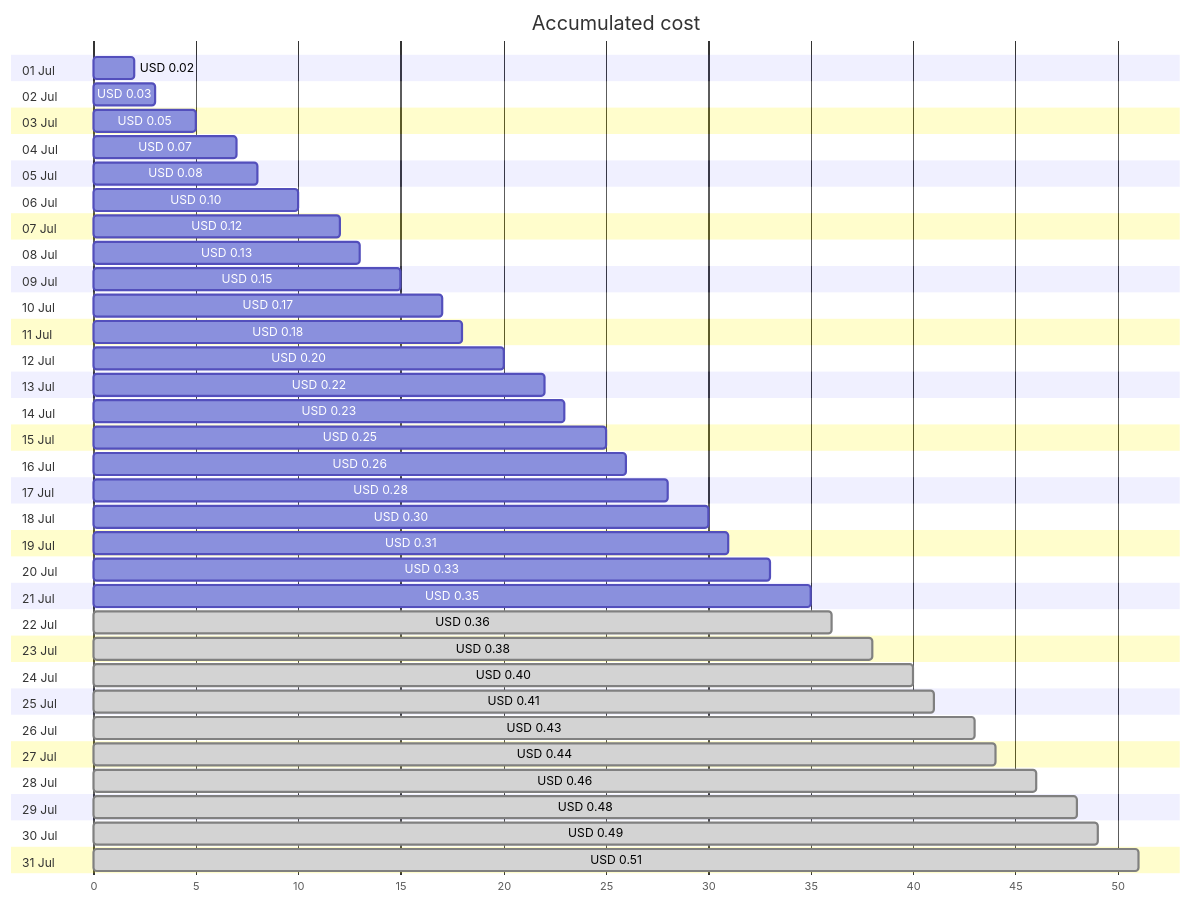
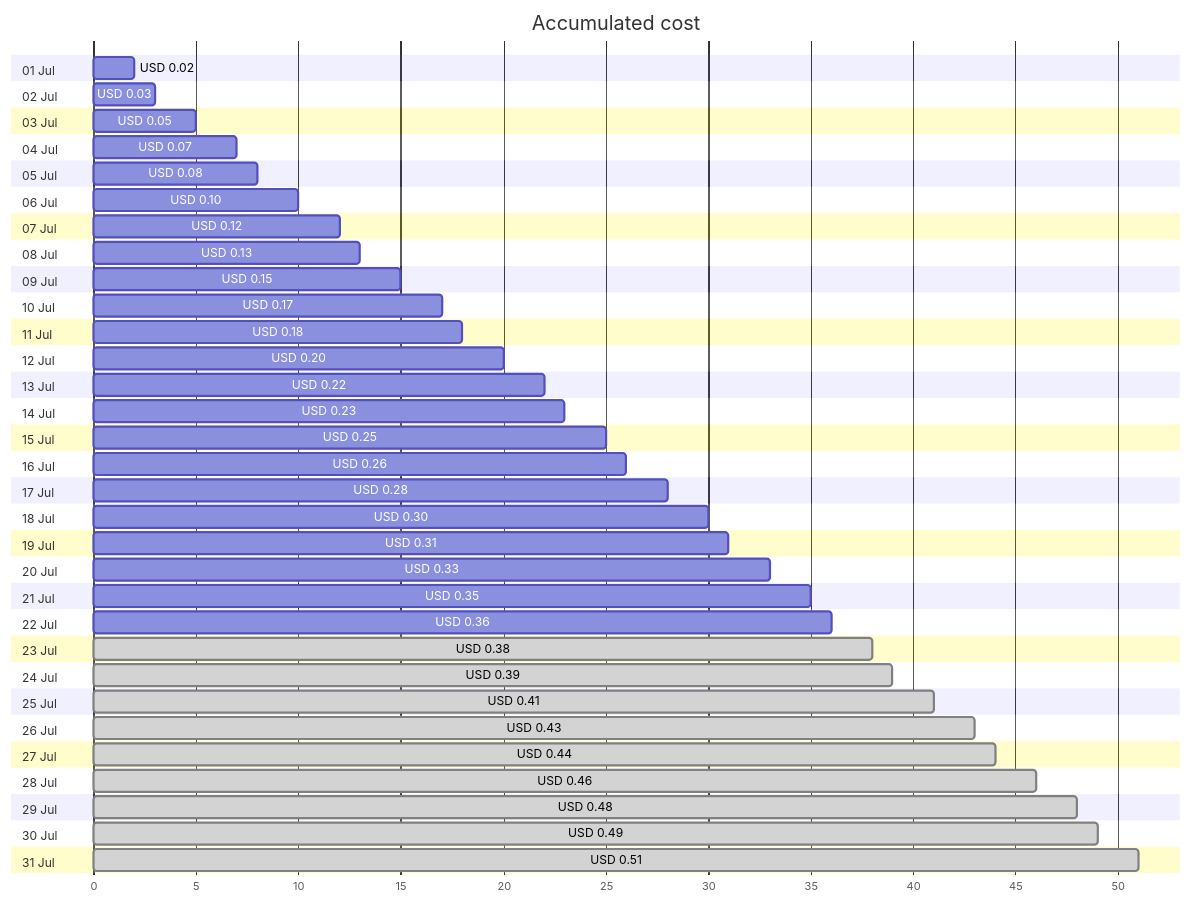
Before and after one commit to jpfulton/azure-personal-reports: the first of 4 diagrams in cost-reports/personal-dns/jpatrickfulton.dev.md, drawn with Mermaid. The commit also changed other lines of this file and 2 other files, not shown here.

````diff
--- a/cost-reports/personal-dns/jpatrickfulton.dev.md
+++ b/cost-reports/personal-dns/jpatrickfulton.dev.md
@@ -20,68 +20,68 @@
 ```mermaid
 gantt
    title Accumulated cost
    dateFormat  X
    axisFormat %s
    section 01 Jul
    USD 0.02 :0, 2
    section 02 Jul
    USD 0.03 :0, 3
    section 03 Jul
    USD 0.05 :0, 5
    section 04 Jul
    USD 0.07 :0, 7
    section 05 Jul
    USD 0.08 :0, 8
    section 06 Jul
    USD 0.10 :0, 10
    section 07 Jul
    USD 0.12 :0, 12
    section 08 Jul
    USD 0.13 :0, 13
    section 09 Jul
    USD 0.15 :0, 15
    section 10 Jul
    USD 0.17 :0, 17
    section 11 Jul
    USD 0.18 :0, 18
    section 12 Jul
    USD 0.20 :0, 20
    section 13 Jul
    USD 0.22 :0, 22
    section 14 Jul
    USD 0.23 :0, 23
    section 15 Jul
    USD 0.25 :0, 25
    section 16 Jul
    USD 0.26 :0, 26
    section 17 Jul
    USD 0.28 :0, 28
    section 18 Jul
    USD 0.30 :0, 30
    section 19 Jul
    USD 0.31 :0, 31
    section 20 Jul
    USD 0.33 :0, 33
    section 21 Jul
    USD 0.35 :0, 35
    section 22 Jul
-   USD 0.36 : done, 0, 36
+   USD 0.36 :0, 36
    section 23 Jul
    USD 0.38 : done, 0, 38
    section 24 Jul
-   USD 0.40 : done, 0, 40
+   USD 0.39 : done, 0, 39
    section 25 Jul
    USD 0.41 : done, 0, 41
    section 26 Jul
    USD 0.43 : done, 0, 43
    section 27 Jul
    USD 0.44 : done, 0, 44
    section 28 Jul
    USD 0.46 : done, 0, 46
    section 29 Jul
    USD 0.48 : done, 0, 48
    section 30 Jul
    USD 0.49 : done, 0, 49
    section 31 Jul
    USD 0.51 : done, 0, 51
 ```
````
